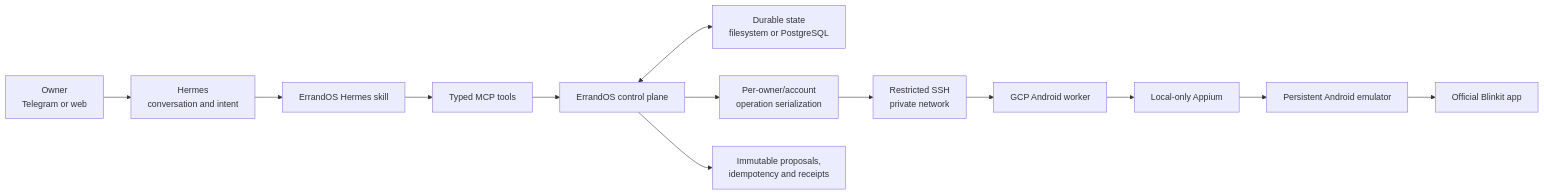
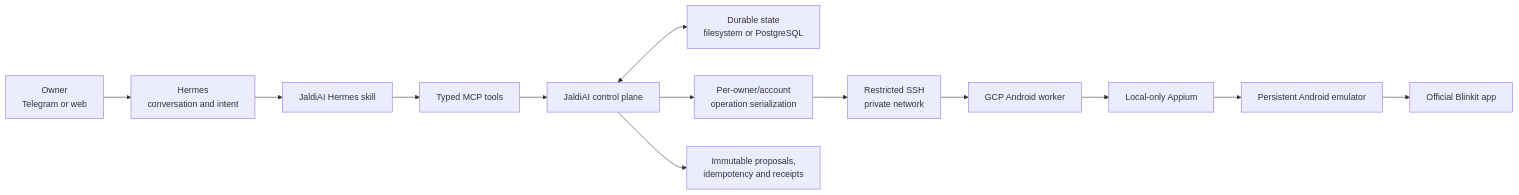
One commit to nikhilachale/errandos-buildathon changed the diagram in hosted/README.md. Above: the diagram before and after it, drawn with Mermaid. The commit also changed other lines of this file and 45 other files, not shown here.

````diff
--- a/hosted/README.md
+++ b/hosted/README.md
@@ -45,15 +45,15 @@
 ```mermaid
 flowchart LR
     U["Owner<br/>Telegram or web"] --> H["Hermes<br/>conversation and intent"]
-    H --> S["ErrandOS Hermes skill"]
+    H --> S["JaldiAI Hermes skill"]
     S --> M["Typed MCP tools"]
-    M --> C["ErrandOS control plane"]
+    M --> C["JaldiAI control plane"]
     C <--> D["Durable state<br/>filesystem or PostgreSQL"]
     C --> Q["Per-owner/account<br/>operation serialization"]
     Q --> SSH["Restricted SSH<br/>private network"]
     SSH --> W["GCP Android worker"]
     W --> A["Local-only Appium"]
     A --> E["Persistent Android emulator"]
     E --> B["Official Blinkit app"]
     C --> P["Immutable proposals,<br/>idempotency and receipts"]
 ```
````
